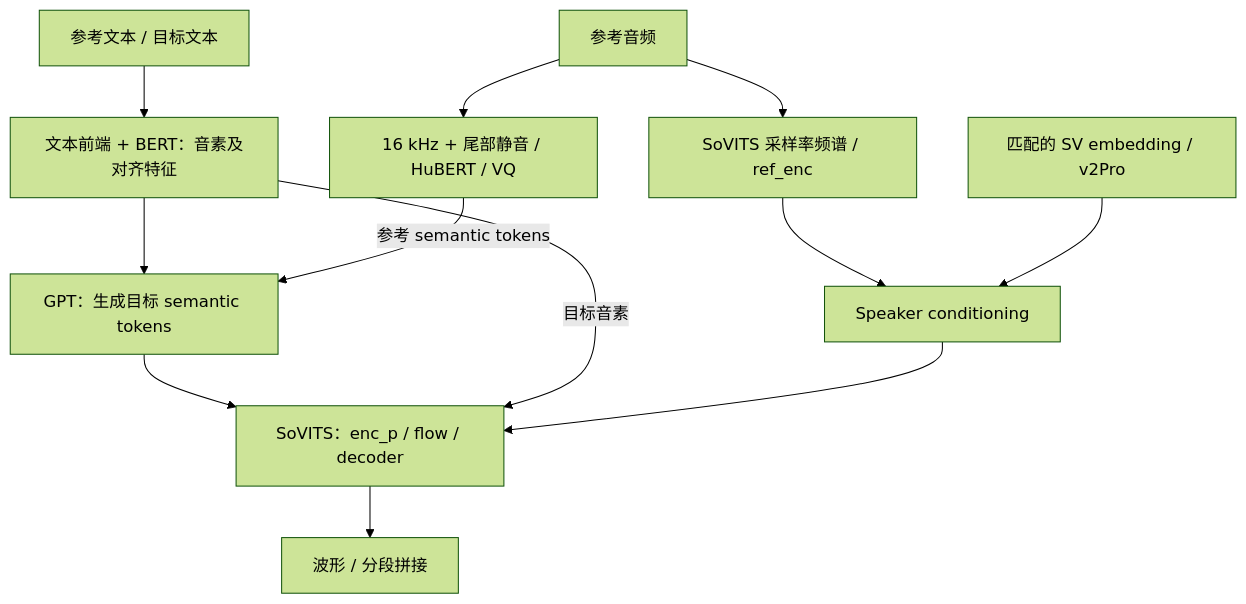
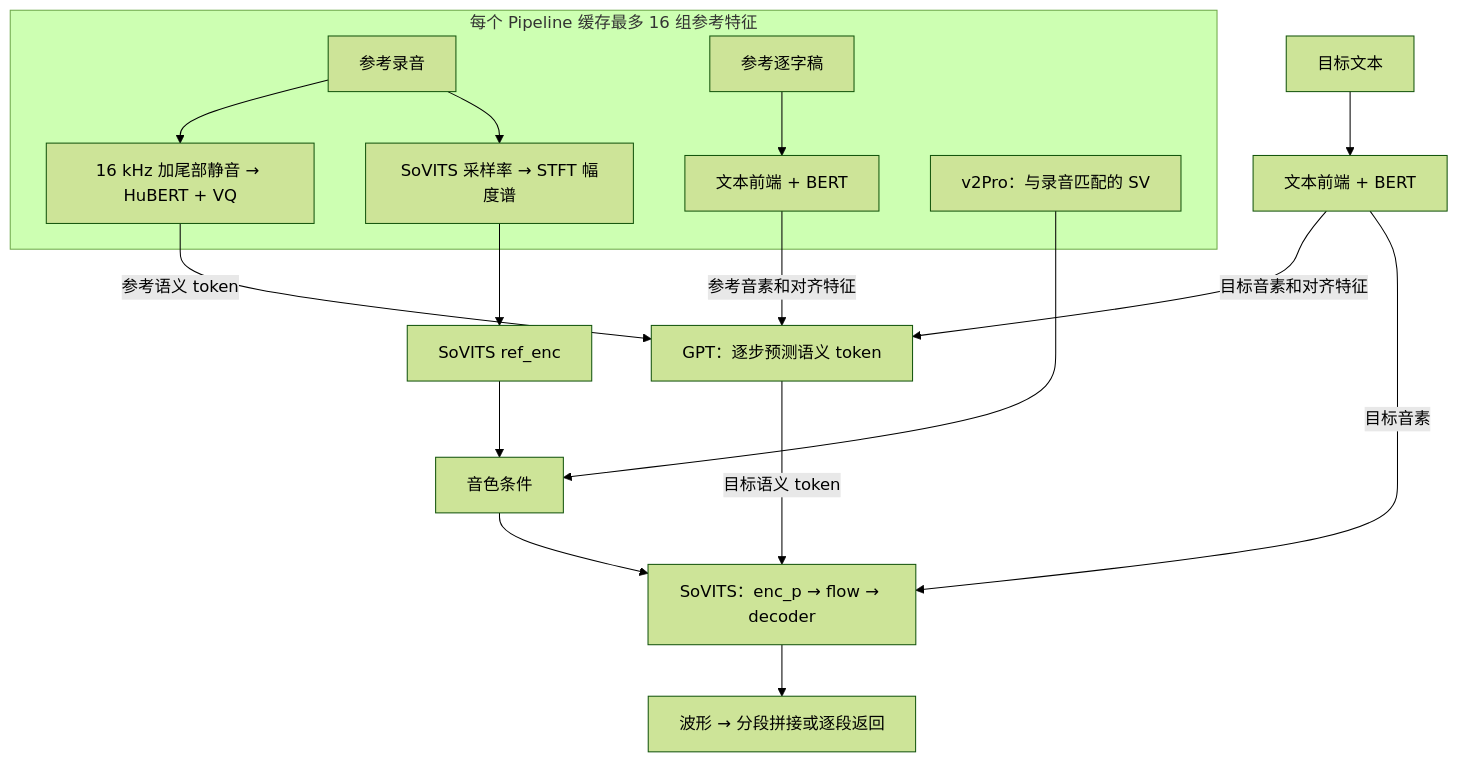
One commit to ricardomlee/gpt-sovits-rs changed the diagram in IMPLEMENTATION.md. Above: the diagram before and after it, drawn with Mermaid (forest theme). The commit also changed other lines of this file and 17 other files, not shown here.

````diff
--- a/IMPLEMENTATION.md
+++ b/IMPLEMENTATION.md
@@ -9,14 +11,20 @@
 ```mermaid
 flowchart TD
-    Text["参考文本 / 目标文本"] --> Frontend["文本前端 + BERT：音素及对齐特征"]
-    Frontend --> GPT["GPT：生成目标 semantic tokens"]
-    Ref["参考音频"] --> Hubert["16 kHz + 尾部静音 / HuBERT / VQ"]
-    Hubert -->|"参考 semantic tokens"| GPT
-    Ref --> RefEnc["SoVITS 采样率频谱 / ref_enc"]
-    RefEnc --> Speaker["Speaker conditioning"]
-    SV["匹配的 SV embedding / v2Pro"] --> Speaker
-    GPT --> SoVITS["SoVITS：enc_p / flow / decoder"]
+    subgraph Cache["每个 Pipeline 缓存最多 16 组参考特征"]
+        Ref["参考录音"] --> Hubert["16 kHz 加尾部静音 → HuBERT + VQ"]
+        Ref --> STFT["SoVITS 采样率 → STFT 幅度谱"]
+        Transcript["参考逐字稿"] --> RefText["文本前端 + BERT"]
+        SV["v2Pro：与录音匹配的 SV"]
+    end
+    Text["目标文本"] --> Frontend["文本前端 + BERT"]
+    Frontend -->|"目标音素和对齐特征"| GPT["GPT：逐步预测语义 token"]
+    RefText -->|"参考音素和对齐特征"| GPT
+    Hubert -->|"参考语义 token"| GPT
+    STFT --> RefEnc["SoVITS ref_enc"]
+    RefEnc --> Speaker["音色条件"]
+    SV --> Speaker
+    GPT -->|"目标语义 token"| SoVITS["SoVITS：enc_p → flow → decoder"]
     Frontend -->|"目标音素"| SoVITS
     Speaker --> SoVITS
-    SoVITS --> Audio["波形 / 分段拼接"]
+    SoVITS --> Audio["波形 → 分段拼接或逐段返回"]
 ```
````
